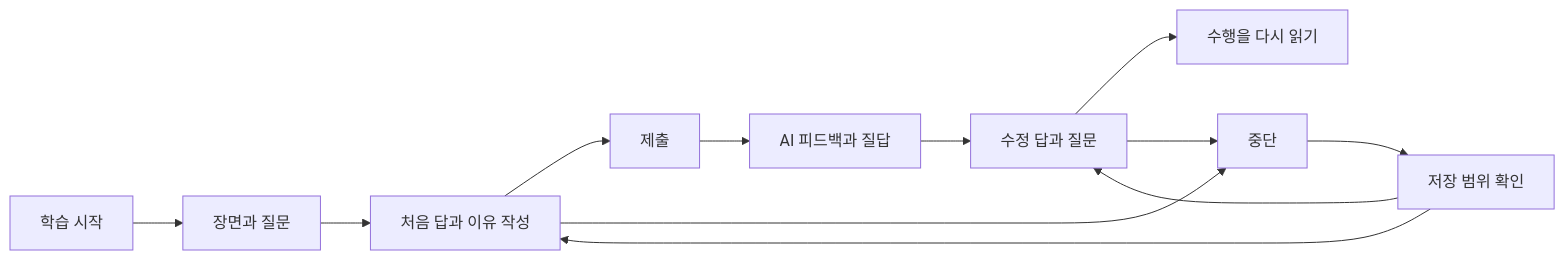
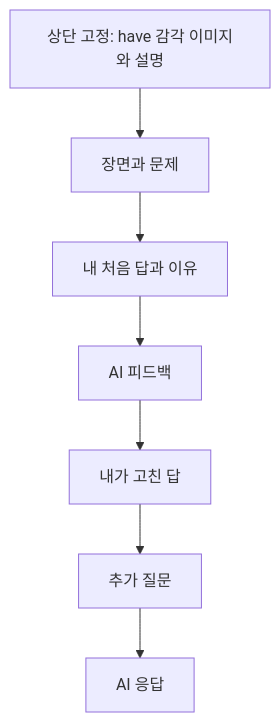
One commit to jaeyoungkang/english-sense changed the diagram in docs/ux-design.md. Above: the diagram before and after it, drawn with Mermaid. The commit also changed other lines of this file and 31 other files, not shown here.

````diff
--- a/docs/ux-design.md
+++ b/docs/ux-design.md
@@ -36,14 +36,10 @@
 ```mermaid
-flowchart LR
-  A[학습 시작] --> B[장면과 질문]
-  B --> C[처음 답과 이유 작성]
-  C --> D[제출]
-  D --> E[AI 피드백과 질답]
-  E --> F[수정 답과 질문]
-  F --> G[수행을 다시 읽기]
-  C --> H[중단]
-  F --> H
-  H --> I[저장 범위 확인]
-  I --> C
-  I --> F
+flowchart TD
+  S[상단 고정: have 감각 이미지와 설명]
+  S --> Q[장면과 문제]
+  Q --> A[내 처음 답과 이유]
+  A --> F[AI 피드백]
+  F --> R[내가 고친 답]
+  R --> U[추가 질문]
+  U --> T[AI 응답]
 ```
````
